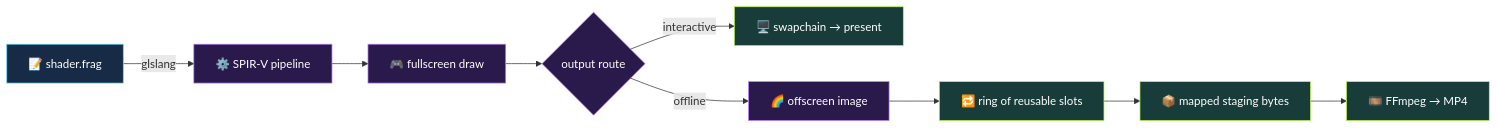
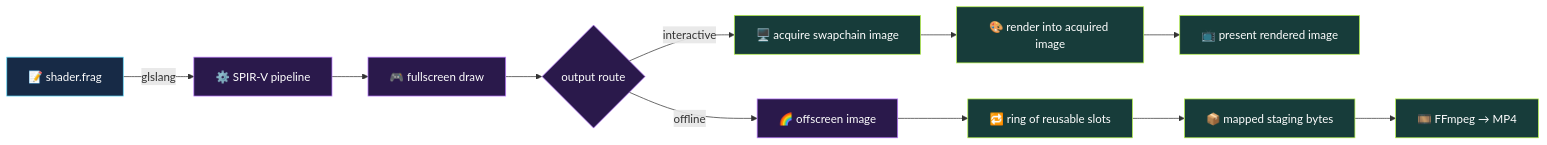
One commit to jamylak/vsdf changed the first of 5 diagrams in README.md. Above: the diagram before and after it, drawn with Mermaid. The commit also changed other lines of this file, not shown here.

````diff
--- a/README.md
+++ b/README.md
@@ -27,18 +27,20 @@
 ```mermaid
 flowchart LR
     S[📝 shader.frag] -->|glslang| P[⚙️ SPIR-V pipeline]
     P --> G[🎮 fullscreen draw]
     G --> R{output route}
-    R -->|interactive| W[🖥️ swapchain → present]
+    R -->|interactive| W[🖥️ acquire swapchain image]
+    W --> WP[🎨 render into acquired image]
+    WP --> PR[📺 present rendered image]
     R -->|offline| I[🌈 offscreen image]
     I --> B[🔁 ring of reusable slots]
     B --> H[📦 mapped staging bytes]
     H --> E[🎞️ FFmpeg → MP4]
 
     classDef shader fill:#172a46,stroke:#61dafb,color:#fff
     classDef gpu fill:#2a194b,stroke:#bd7cff,color:#fff
     classDef io fill:#173c3a,stroke:#b7f34a,color:#fff
     class S shader
     class P,G,R,I gpu
-    class W,B,H,E io
+    class W,WP,PR,B,H,E io
 ```
````
